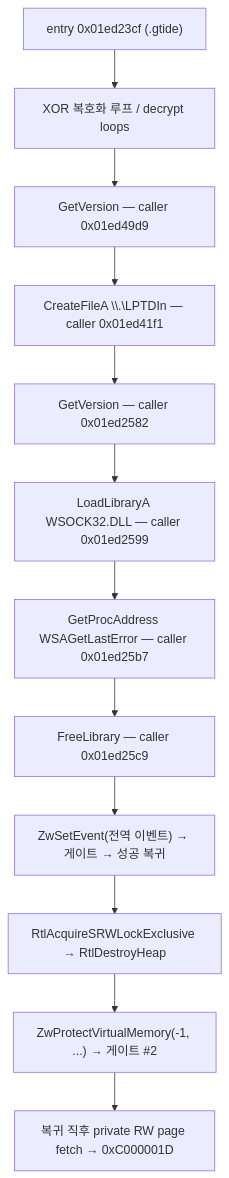
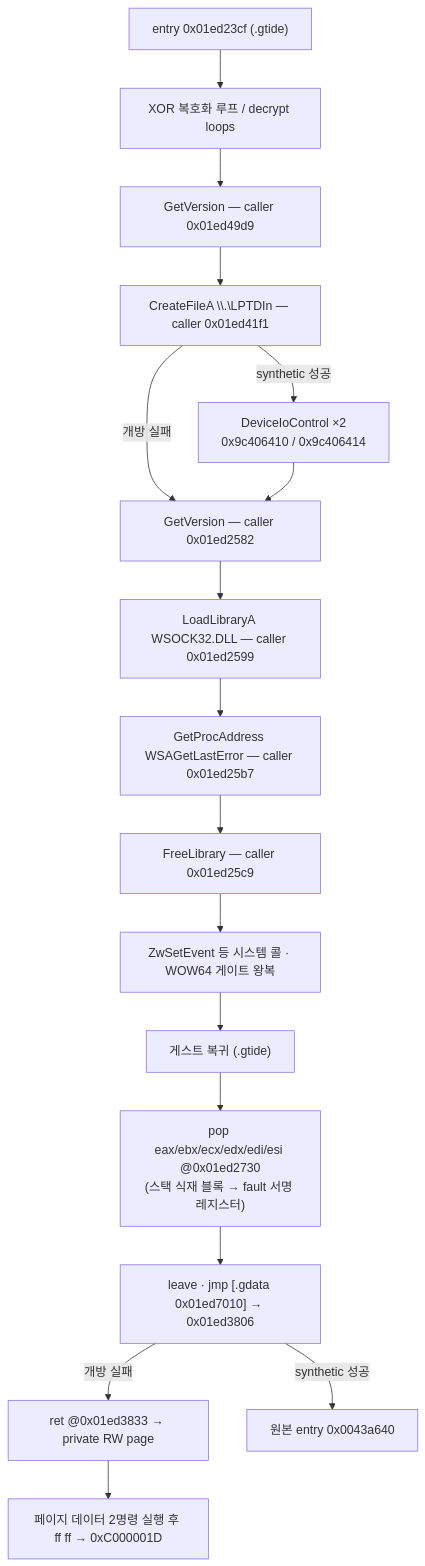
One commit to nworkers/re2DJ changed the diagram in docs/analysis/ez2dj-exe-structures.md. Above: the diagram before and after it, drawn with Mermaid. The commit also changed other lines of this file and 56 other files, not shown here.

````diff
--- a/docs/analysis/ez2dj-exe-structures.md
+++ b/docs/analysis/ez2dj-exe-structures.md
@@ -153,14 +153,19 @@
 ```mermaid
 flowchart TD
     E["entry 0x01ed23cf (.gtide)"] --> DEC["XOR 복호화 루프 / decrypt loops"]
     DEC --> GV1["GetVersion — caller 0x01ed49d9"]
     GV1 --> CF["CreateFileA \\.\LPTDIn — caller 0x01ed41f1"]
-    CF --> GV2["GetVersion — caller 0x01ed2582"]
+    CF -->|개방 실패| GV2["GetVersion — caller 0x01ed2582"]
+    CF -->|synthetic 성공| IOCTL["DeviceIoControl ×2<br/>0x9c406410 / 0x9c406414"]
+    IOCTL --> GV2
     GV2 --> LL["LoadLibraryA WSOCK32.DLL — caller 0x01ed2599"]
     LL --> GPA["GetProcAddress WSAGetLastError — caller 0x01ed25b7"]
     GPA --> FL["FreeLibrary — caller 0x01ed25c9"]
-    FL --> EV["ZwSetEvent(전역 이벤트) → 게이트 → 성공 복귀"]
-    EV --> HD["RtlAcquireSRWLockExclusive → RtlDestroyHeap"]
-    HD --> PM["ZwProtectVirtualMemory(-1, ...) → 게이트 #2"]
-    PM --> FAULT["복귀 직후 private RW page fetch → 0xC000001D"]
+    FL --> EV["ZwSetEvent 등 시스템 콜 · WOW64 게이트 왕복"]
+    EV --> RT["게스트 복귀 (.gtide)"]
+    RT --> POP["pop eax/ebx/ecx/edx/edi/esi @0x01ed2730<br/>(스택 식재 블록 → fault 서명 레지스터)"]
+    POP --> JMP["leave · jmp [.gdata 0x01ed7010] → 0x01ed3806"]
+    JMP -->|개방 실패| RET["ret @0x01ed3833 → private RW page"]
+    RET --> FAULT["페이지 데이터 2명령 실행 후 ff ff → 0xC000001D"]
+    JMP -->|synthetic 성공| ORIG["원본 entry 0x0043a640"]
 ```
````
